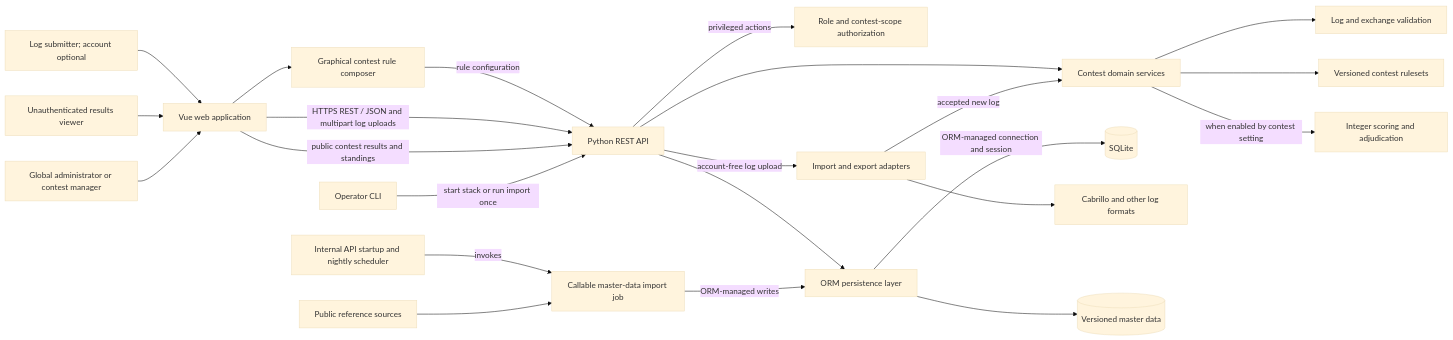
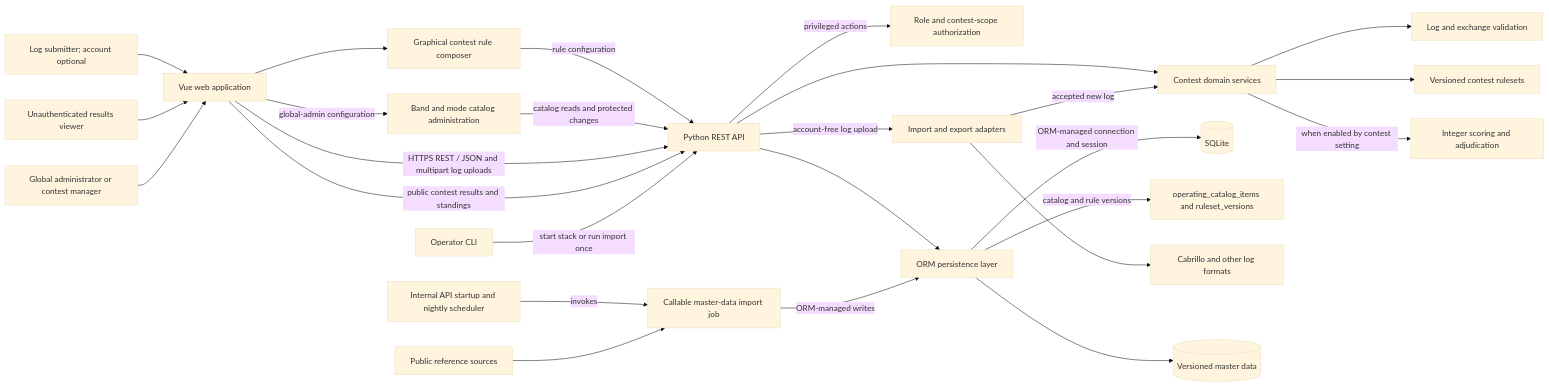
One commit to ea7klk/contestmaster changed the first of 3 diagrams in documentation/README.md. Above: the diagram before and after it, drawn with Mermaid (base theme). The commit also changed other lines of this file and 44 other files, not shown here.

First line of the commit message:
Refine ruleset composer and operating catalogs (#85)

````diff
--- a/documentation/README.md
+++ b/documentation/README.md
@@ -77,25 +77,28 @@
 ```mermaid
 flowchart LR
     Participant[Log submitter; account optional] --> Web[Vue web application]
     Visitor[Unauthenticated results viewer] --> Web
     PrivilegedUser[Global administrator or contest manager] --> Web
     Web --> Composer[Graphical contest rule composer]
+    Web -->|global-admin configuration| CatalogAdmin[Band and mode catalog administration]
     Composer -->|rule configuration| API[Python REST API]
+    CatalogAdmin -->|catalog reads and protected changes| API
     Web -->|HTTPS REST / JSON and multipart log uploads| API[Python REST API]
     Web -->|public contest results and standings| API
     API -->|privileged actions| Auth[Role and contest-scope authorization]
     API --> Domain[Contest domain services]
     Domain --> Validation[Log and exchange validation]
     Domain --> Rules[Versioned contest rulesets]
     Domain -->|when enabled by contest setting| Scoring[Integer scoring and adjudication]
     API --> Store[ORM persistence layer]
     Store -->|ORM-managed connection and session| DB[(SQLite)]
+    Store -->|catalog and rule versions| OperatingCatalog[operating_catalog_items and ruleset_versions]
     API -->|account-free log upload| Adapters[Import and export adapters]
     Adapters -->|accepted new log| Domain
     Adapters --> Formats[Cabrillo and other log formats]
     Timer[Internal API startup and nightly scheduler] -->|invokes| MasterImport[Callable master-data import job]
     CLI[Operator CLI] -->|start stack or run import once| API
     PublicSources[Public reference sources] --> MasterImport
     MasterImport -->|ORM-managed writes| Store
     Store --> ReferenceData[(Versioned master data)]
 ```
````
